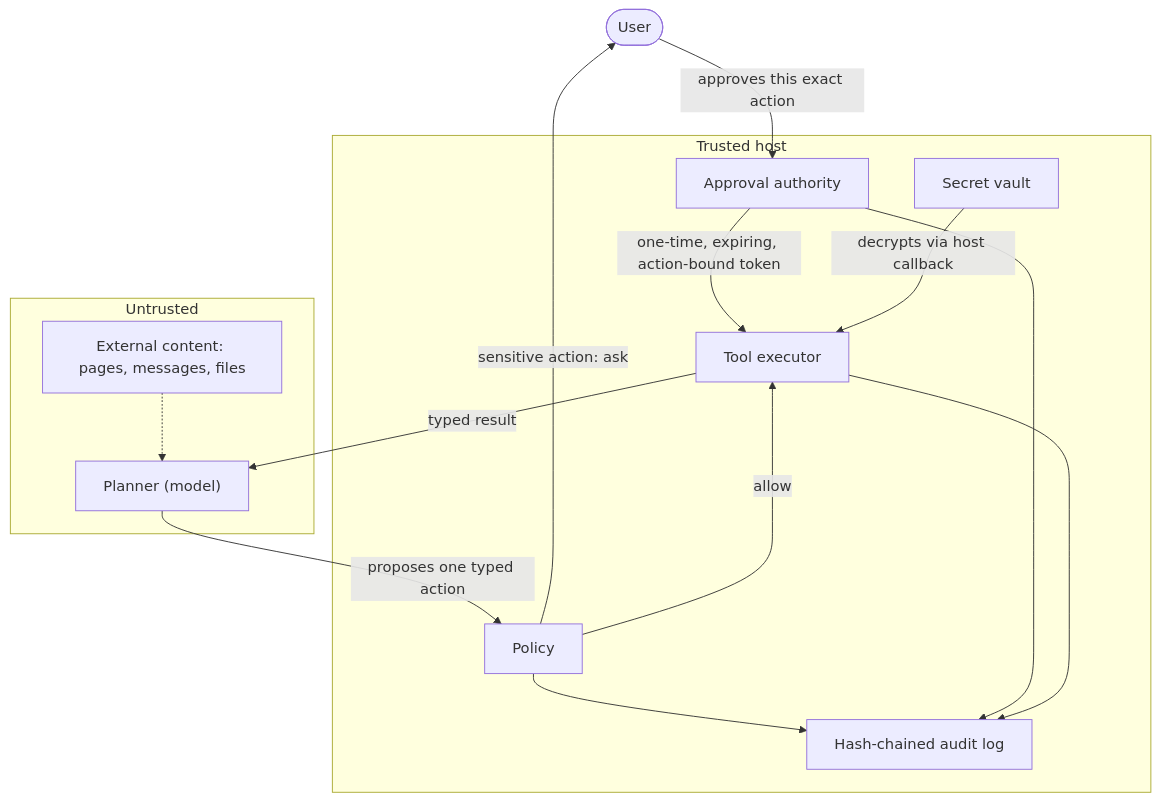
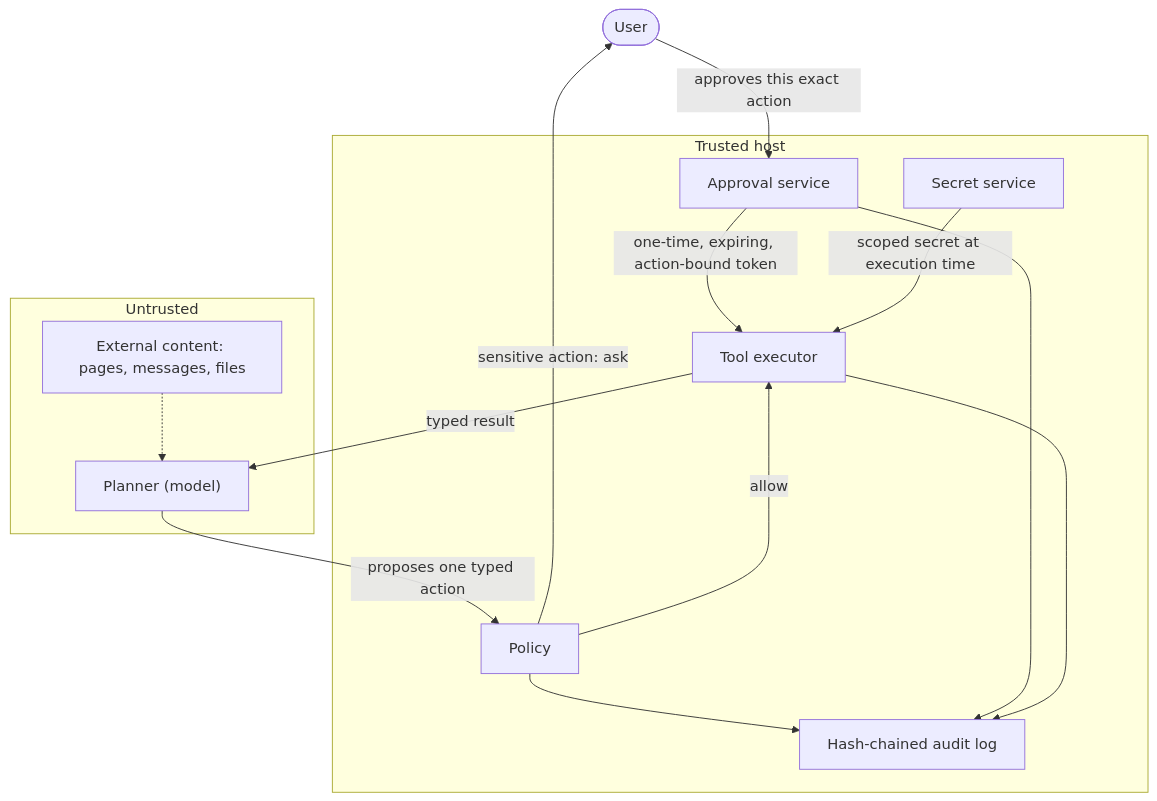
The diagram in README.md (SamCT86/openmuse), drawn with Mermaid before and after one commit. The commit also changed other lines of this file, not shown here.

````diff
--- a/README.md
+++ b/README.md
@@ -35,26 +65,26 @@
 ```mermaid
 flowchart TD
     U([User])
     subgraph untrusted["Untrusted"]
         P["Planner (model)"]
         X["External content: pages, messages, files"]
     end
     subgraph host["Trusted host"]
         POL["Policy"]
-        AUTH["Approval authority"]
-        VAULT["Secret vault"]
+        AUTH["Approval service"]
+        VAULT["Secret service"]
         EXEC["Tool executor"]
         AUD["Hash-chained audit log"]
     end
     X -.-> P
     P -->|proposes one typed action| POL
     POL -->|sensitive action: ask| U
     U -->|approves this exact action| AUTH
     AUTH -->|one-time, expiring, action-bound token| EXEC
     POL -->|allow| EXEC
-    VAULT -->|decrypts via host callback| EXEC
+    VAULT -->|scoped secret at execution time| EXEC
     EXEC -->|typed result| P
     POL --> AUD
     AUTH --> AUD
     EXEC --> AUD
 ```
````
